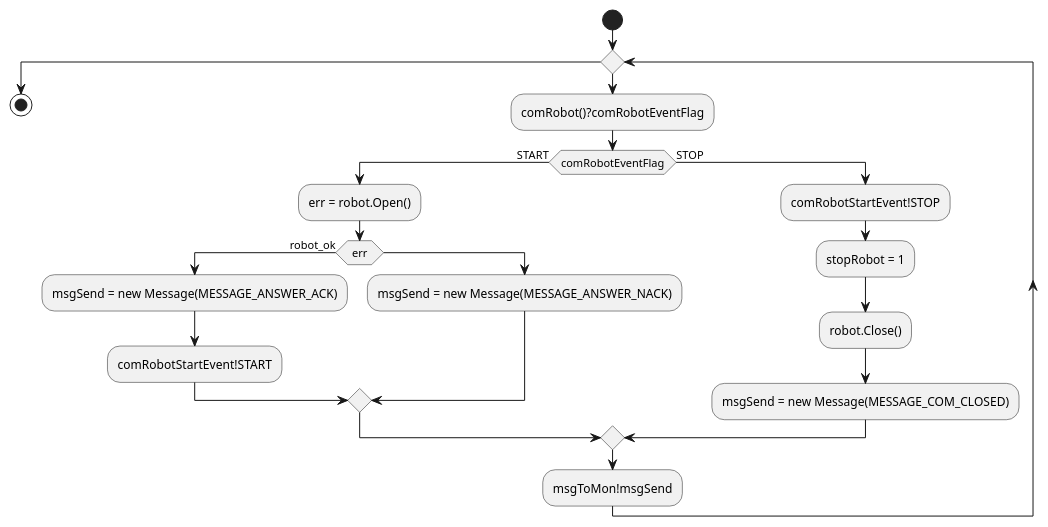
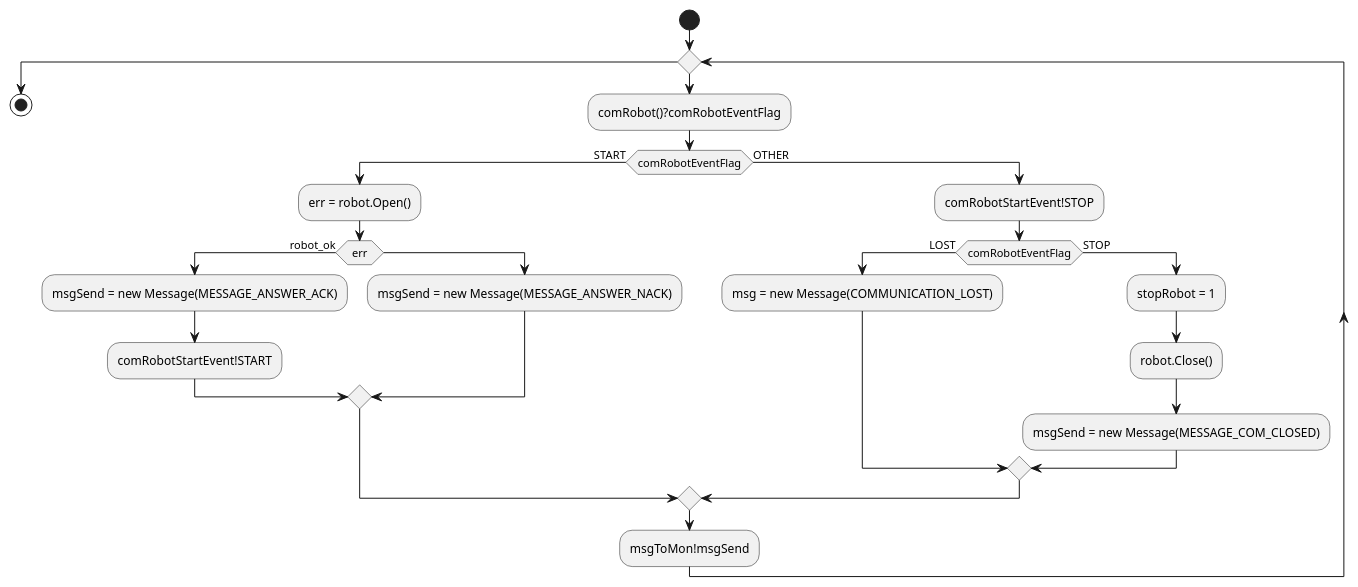
The diagram in diags/th_com_robot.puml (Bobillot/BE_Temps_Reel), drawn with PlantUML before and after one commit. The commit also changed 1 other file, not shown here.

Commit message:
correct lost com management

```diff
--- a/diags/th_com_robot.puml
+++ b/diags/th_com_robot.puml
@@ -1,28 +1,33 @@
 @startuml th_com_robot
 
 skinparam monochrome true
 
 start
 
-while( )
+while  ( )
     :comRobot()?comRobotEventFlag;
     if (comRobotEventFlag) then (START)
-    :err = robot.Open();
+        :err = robot.Open();
         if (err) then (robot_ok)
-        :msgSend = new Message(MESSAGE_ANSWER_ACK);
-        :comRobotStartEvent!START;
+            :msgSend = new Message(MESSAGE_ANSWER_ACK);
+            :comRobotStartEvent!START;
         else
             :msgSend = new Message(MESSAGE_ANSWER_NACK);
         endif
-    else (STOP)
+
+    else (OTHER)
         :comRobotStartEvent!STOP;
-        :stopRobot = 1;
-        :robot.Close();
-        :msgSend = new Message(MESSAGE_COM_CLOSED);
-        
-        'Check message type
+        if (comRobotEventFlag) then (LOST) 
+            :msg = new Message(COMMUNICATION_LOST);
+        else (STOP)
+            :stopRobot = 1;
+            :robot.Close();
+            :msgSend = new Message(MESSAGE_COM_CLOSED);
+
+            'Check message type
+        endif
     endif
     :msgToMon!msgSend;
 endwhile
 stop
 @enduml
```
